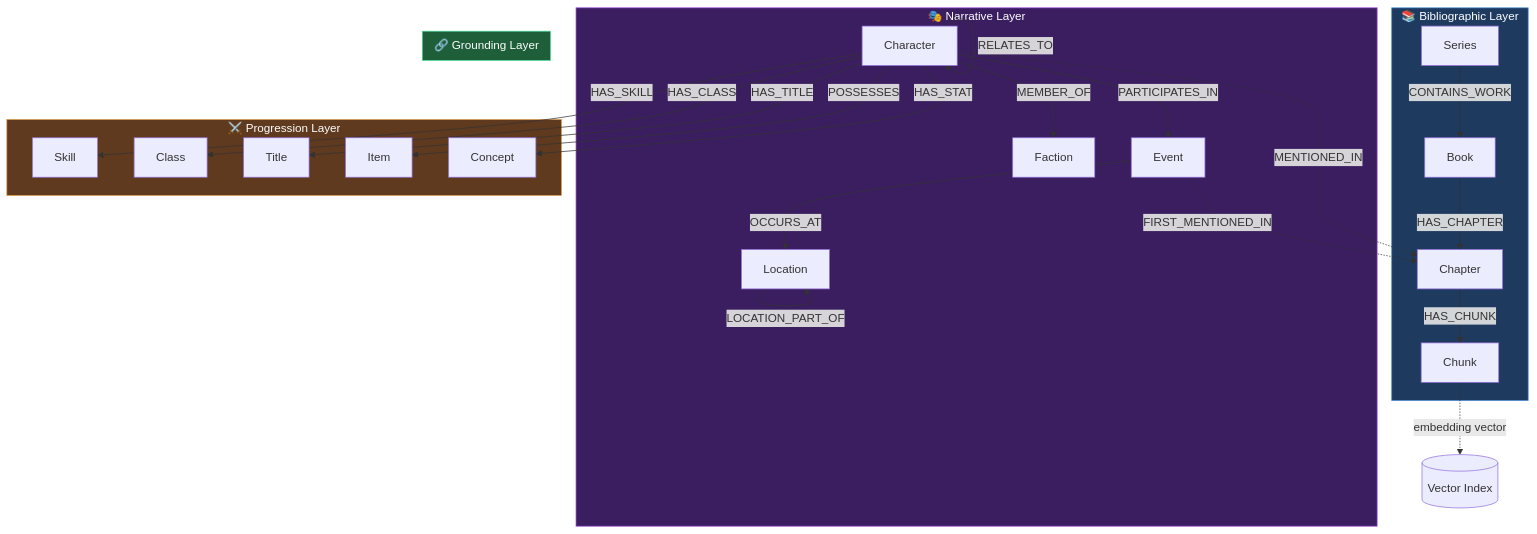
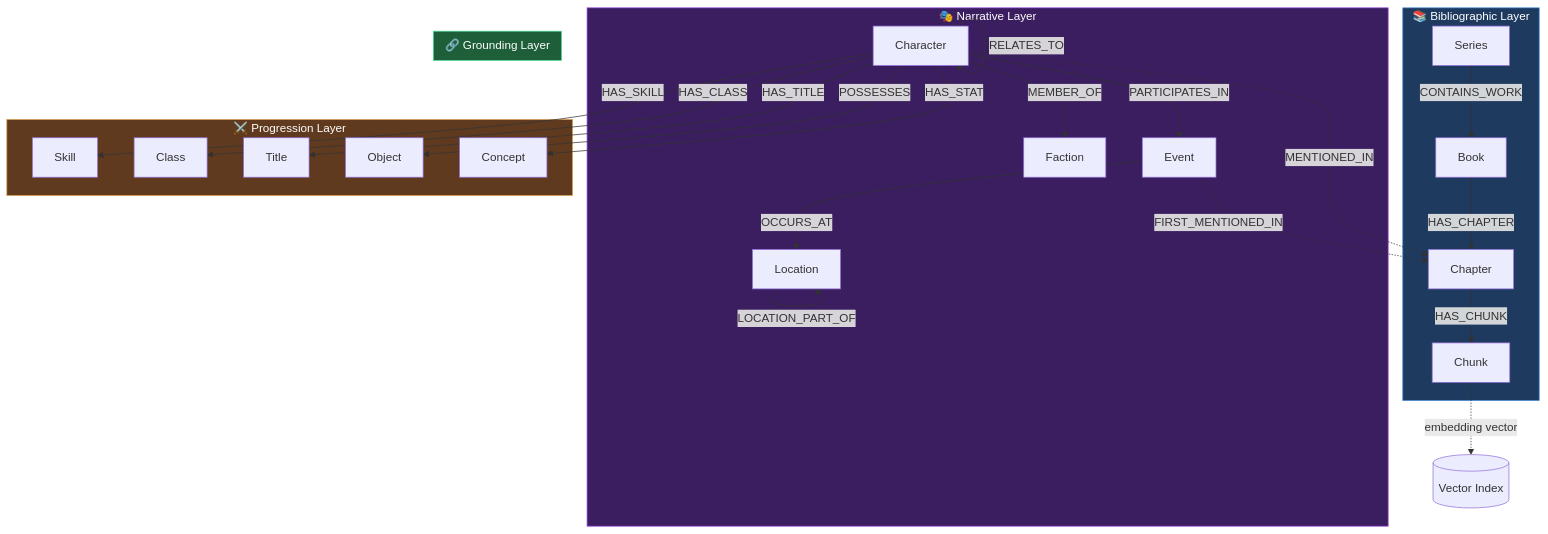
The first of 2 diagrams in docs/data-model.md (xairon/WorldRAG), drawn with Mermaid before and after one commit. The commit also changed other lines of this file and 9 other files, not shown here.

````diff
--- a/docs/data-model.md
+++ b/docs/data-model.md
@@ -26,36 +26,36 @@
 ```mermaid
 graph TB
     subgraph Bibliographic["📚 Bibliographic Layer"]
         Series --> |CONTAINS_WORK| Book
         Book --> |HAS_CHAPTER| Chapter
         Chapter --> |HAS_CHUNK| Chunk
     end
 
     subgraph Narrative["🎭 Narrative Layer"]
         Character --> |RELATES_TO| Character
         Character --> |PARTICIPATES_IN| Event
         Character --> |MEMBER_OF| Faction
         Event --> |OCCURS_AT| Location
         Location --> |LOCATION_PART_OF| Location
     end
 
     subgraph Progression["⚔️ Progression Layer"]
         Character --> |HAS_SKILL| Skill
         Character --> |HAS_CLASS| Class
         Character --> |HAS_TITLE| Title
-        Character --> |POSSESSES| Item
+        Character --> |POSSESSES| Object
         Character --> |HAS_STAT| Concept
     end
 
     subgraph Grounding["🔗 Grounding Layer"]
         Character -.-> |MENTIONED_IN| Chapter
         Event -.-> |FIRST_MENTIONED_IN| Chapter
     end
 
     Chunk -.-> |embedding vector| VectorIndex[(Vector Index)]
 
     style Bibliographic fill:#1e3a5f,stroke:#4a90d9,color:#fff
     style Narrative fill:#3a1e5f,stroke:#9a4ad9,color:#fff
     style Progression fill:#5f3a1e,stroke:#d99a4a,color:#fff
     style Grounding fill:#1e5f3a,stroke:#4ad99a,color:#fff
 ```
````
